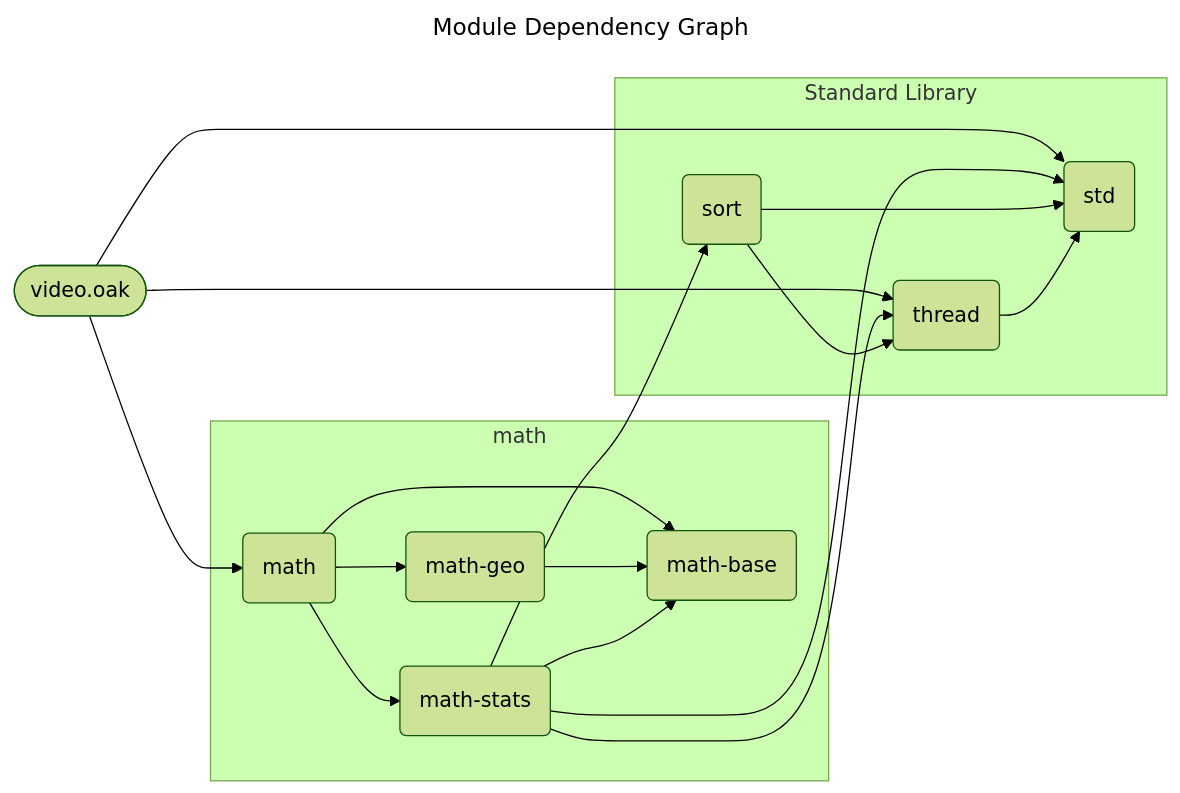
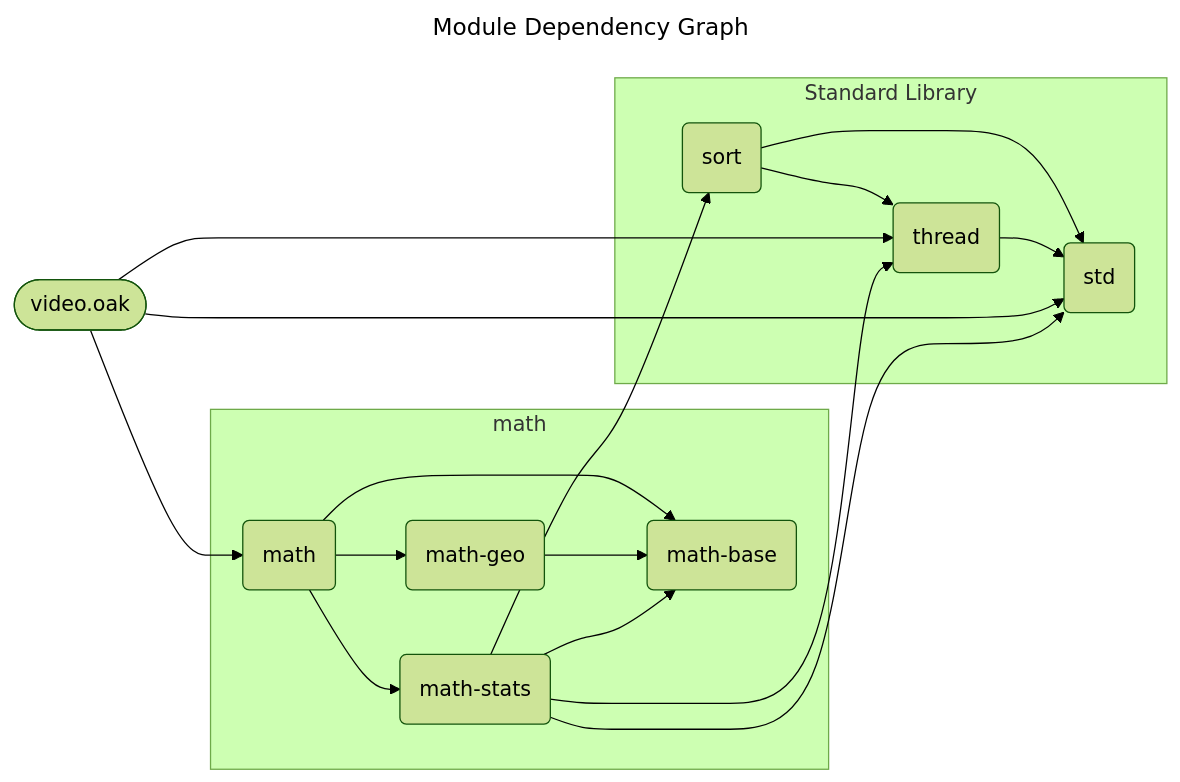
Before and after one commit to SpcFORK/magnolia: the diagram in docs/spec/video.mmd, drawn with Mermaid (forest theme). The commit also changed other lines of this file and 156 other files, not shown here.

```diff
--- a/docs/spec/video.mmd
+++ b/docs/spec/video.mmd
@@ -1,30 +1,30 @@
 ---
 title: Module Dependency Graph
 ---
 flowchart LR
     lib_video_oak(["video.oak"])
     subgraph stdlib_math ["math"]
         math("math")
         math_base("math-base")
         math_geo("math-geo")
         math_stats("math-stats")
     end
     subgraph stdlib_core ["Standard Library"]
-        std("std")
         sort("sort")
         thread("thread")
+        std("std")
     end
+    sort --> std
+    sort --> thread
+    thread --> std
     lib_video_oak --> std
     lib_video_oak --> math
     lib_video_oak --> thread
     math --> math_base
     math --> math_geo
     math --> math_stats
     math_geo --> math_base
     math_stats --> std
     math_stats --> sort
     math_stats --> math_base
     math_stats --> thread
-    sort --> std
-    sort --> thread
-    thread --> std
```
